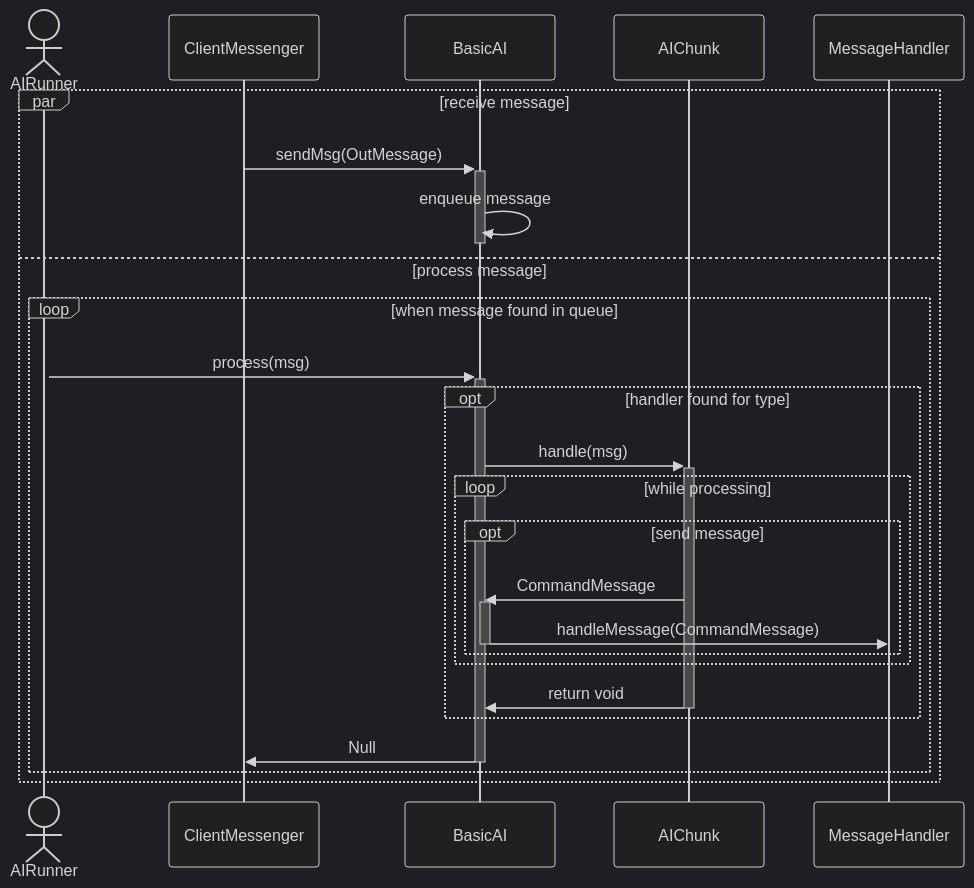
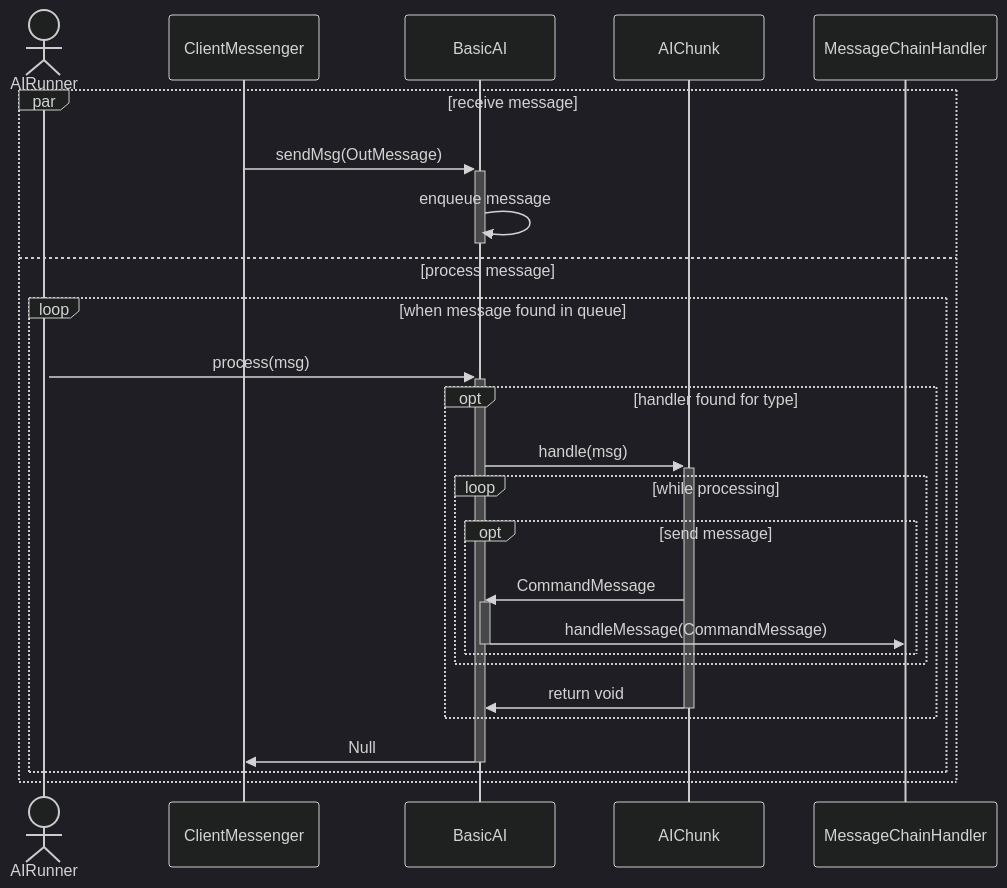
One commit to GeenDutchman/LHF-MUD changed the diagram in gameserver/src/main/java/com/lhf/game/creature/intelligence/intelligence.md. Above: the diagram before and after it, drawn with Mermaid (dark theme). The commit also changed 1 other file, not shown here.

Commit message:
Also in the markdown

````diff
--- a/gameserver/src/main/java/com/lhf/game/creature/intelligence/intelligence.md
+++ b/gameserver/src/main/java/com/lhf/game/creature/intelligence/intelligence.md
@@ -5,26 +5,26 @@
 ```mermaid
 sequenceDiagram
     actor AIRunner
     activate AIRunner
     par receive message
         ClientMessenger ->>+ BasicAI : sendMsg(OutMessage)
         BasicAI ->>- BasicAI : enqueue message
     and process message
         loop when message found in queue
             AIRunner ->>+ BasicAI : process(msg)
             opt handler found for type
                 BasicAI ->>+ AIChunk : handle(msg)
                 loop while processing
                     opt send message
                         AIChunk ->>+ BasicAI: CommandMessage
-                        BasicAI ->> MessageHandler: handleMessage(CommandMessage)
+                        BasicAI ->> MessageChainHandler: handleMessage(CommandMessage)
                         deactivate BasicAI
                     end
                 end
                 AIChunk ->>- BasicAI: return void
             end
             BasicAI ->>- ClientMessenger: Null
         end
     end
 
 ```
````
